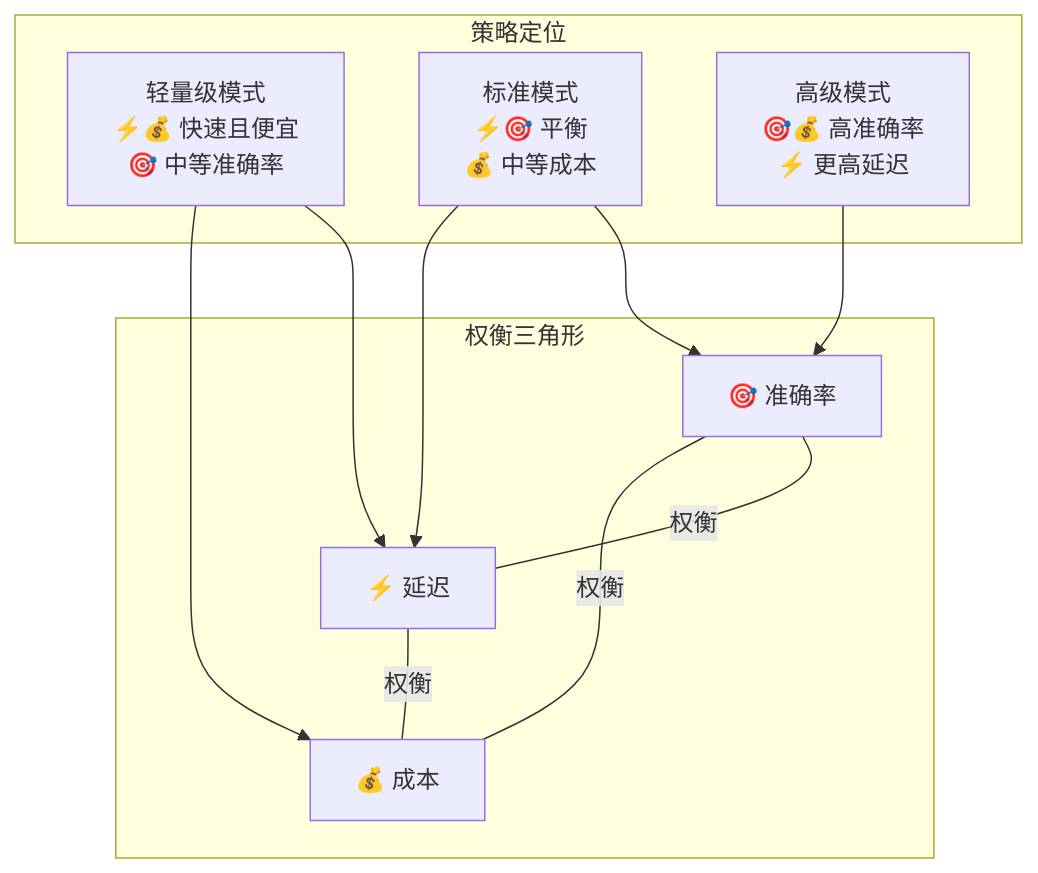
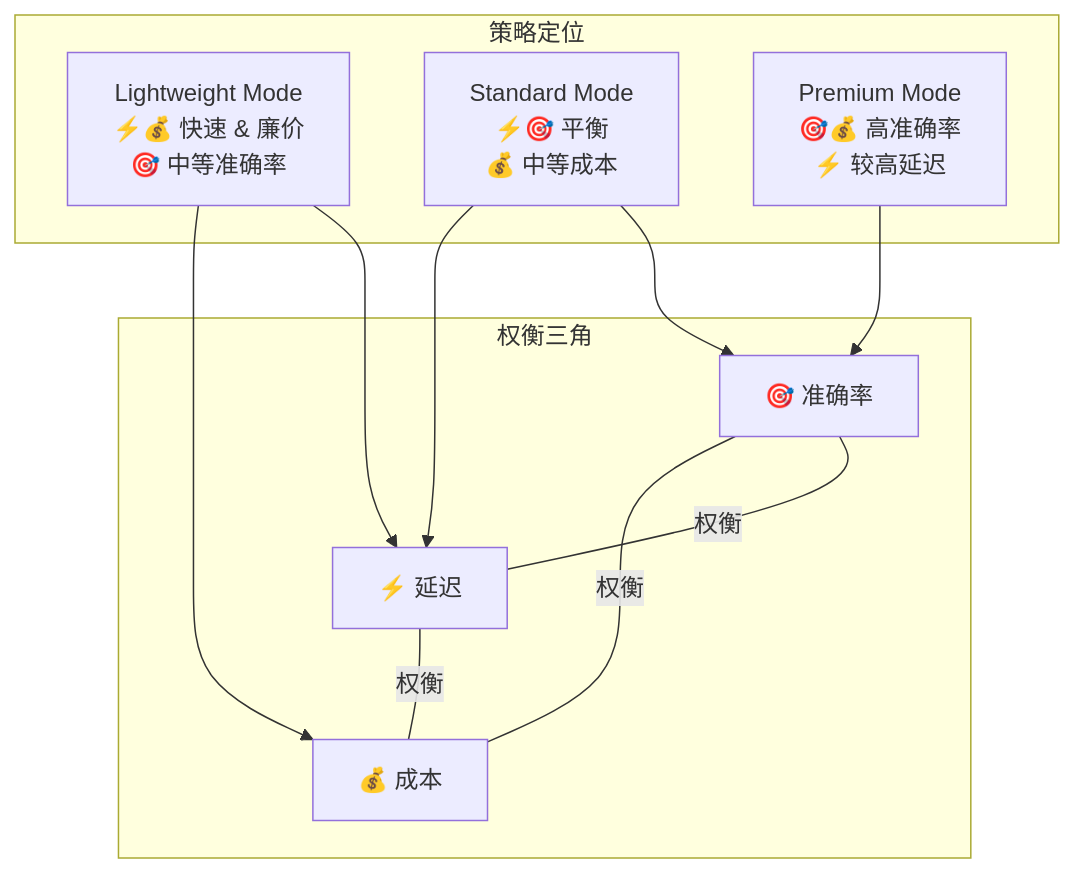
Before and after one commit to vllm-project/semantic-router: the third of 7 diagrams in website/i18n/zh-Hans/docusaurus-plugin-content-docs/current/proposals/hallucination-mitigation-milestone.md, drawn with Mermaid. The commit also changed other lines of this file and 1 other file, not shown here.

````diff
--- a/website/i18n/zh-Hans/docusaurus-plugin-content-docs/current/proposals/hallucination-mitigation-milestone.md
+++ b/website/i18n/zh-Hans/docusaurus-plugin-content-docs/current/proposals/hallucination-mitigation-milestone.md
@@ -295,24 +296,24 @@
 ```mermaid
 graph TD
-    subgraph "权衡三角形"
+    subgraph "权衡三角"
         ACC[🎯 准确率]
         LAT[⚡ 延迟]
         COST[💰 成本]
 
         ACC ---|权衡| LAT
         LAT ---|权衡| COST
         COST ---|权衡| ACC
     end
 
     subgraph "策略定位"
-        L[轻量级模式<br/>⚡💰 快速且便宜<br/>🎯 中等准确率]
-        S[标准模式<br/>⚡🎯 平衡<br/>💰 中等成本]
-        P[高级模式<br/>🎯💰 高准确率<br/>⚡ 更高延迟]
+        L[Lightweight Mode<br/>⚡💰 快速 & 廉价<br/>🎯 中等准确率]
+        S[Standard Mode<br/>⚡🎯 平衡<br/>💰 中等成本]
+        P[Premium Mode<br/>🎯💰 高准确率<br/>⚡ 较高延迟]
     end
 
     L --> LAT
     L --> COST
     S --> ACC
     S --> LAT
     P --> ACC
 ```
````
